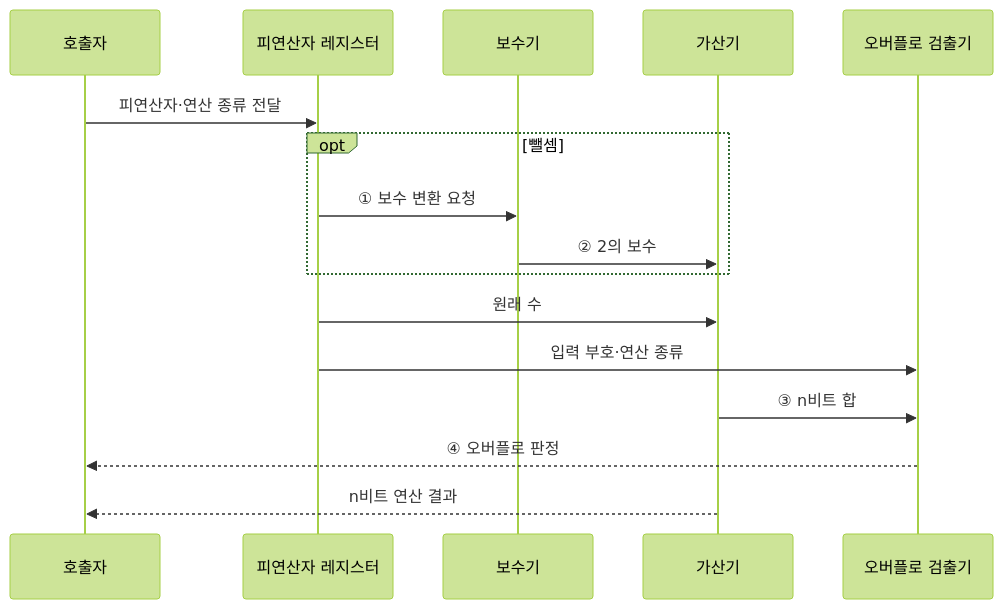
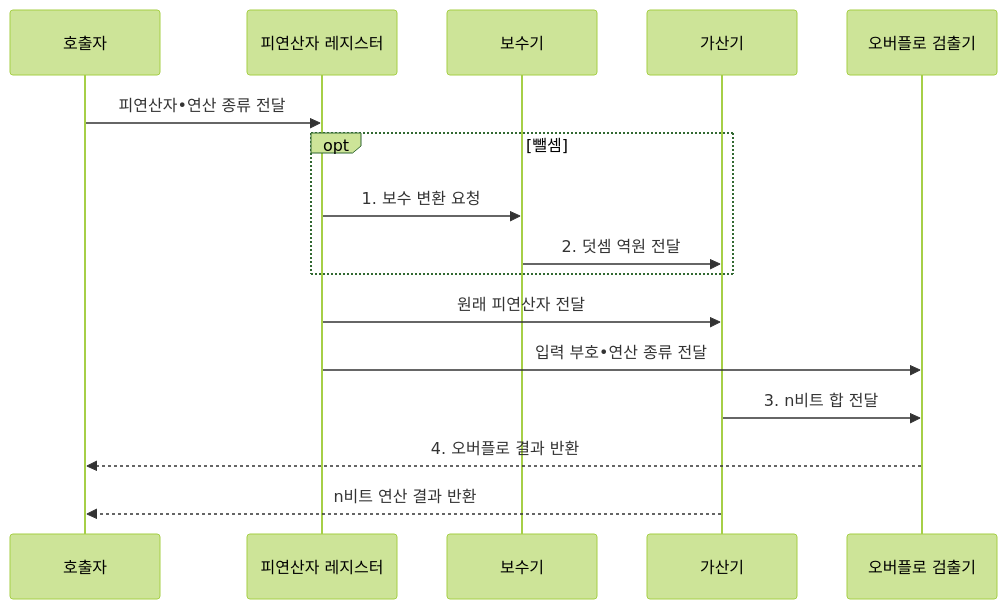
One commit to agnusdei1207/knowledge-base changed the second of 3 diagrams in src/content/docs/notes/01-basic-theory/024_twos_complement.md. Above: the diagram before and after it, drawn with Mermaid (forest theme). The commit also changed other lines of this file and 20 other files, not shown here.

````diff
--- a/src/content/docs/notes/01-basic-theory/024_twos_complement.md
+++ b/src/content/docs/notes/01-basic-theory/024_twos_complement.md
@@ -80,18 +86,18 @@
 ```mermaid
 sequenceDiagram
     participant Q as 호출자
     participant R as 피연산자 레지스터
     participant C as 보수기
     participant A as 가산기
     participant V as 오버플로 검출기
-    Q->>R: 피연산자·연산 종류 전달
+    Q->>R: 피연산자•연산 종류 전달
     opt 뺄셈
-        R->>C: ① 보수 변환 요청
-        C->>A: ② 2의 보수
+        R->>C: 1. 보수 변환 요청
+        C->>A: 2. 덧셈 역원 전달
     end
-    R->>A: 원래 수
-    R->>V: 입력 부호·연산 종류
-    A->>V: ③ n비트 합
-    V-->>Q: ④ 오버플로 판정
-    A-->>Q: n비트 연산 결과
+    R->>A: 원래 피연산자 전달
+    R->>V: 입력 부호•연산 종류 전달
+    A->>V: 3. n비트 합 전달
+    V-->>Q: 4. 오버플로 결과 반환
+    A-->>Q: n비트 연산 결과 반환
 ```
````
